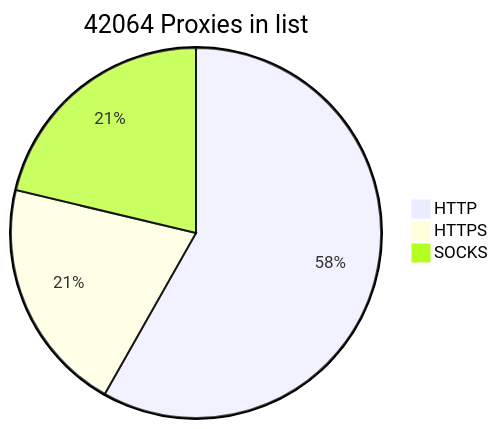
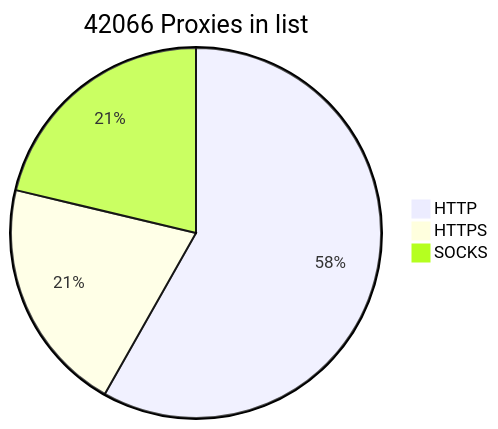
One commit to BlackSnowDot/proxylist-update-every-minute changed the diagram in README.md. Above: the diagram before and after it, drawn with Mermaid.

````diff
--- a/README.md
+++ b/README.md
@@ -2,6 +2,6 @@
 ```mermaid
-pie title 42064 Proxies in list
+pie title 42066 Proxies in list
     "HTTP" : 28366
     "HTTPS": 10003
-    "SOCKS" : 10369
+    "SOCKS" : 10371
 ```
````
